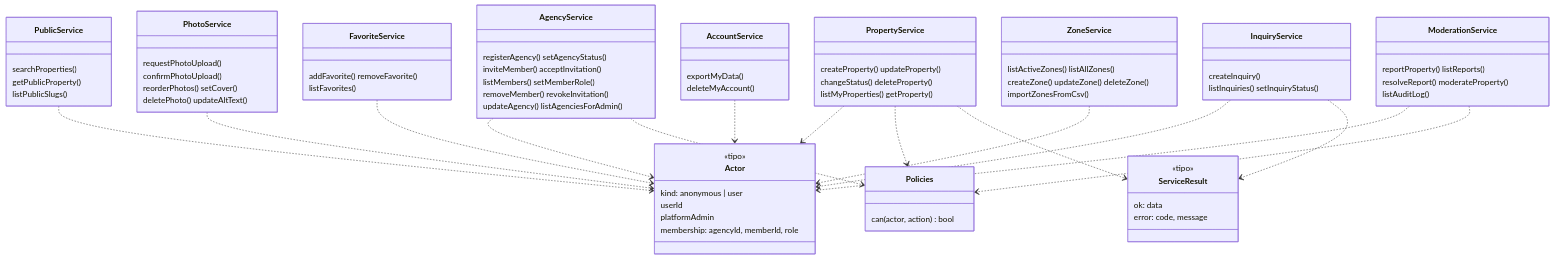
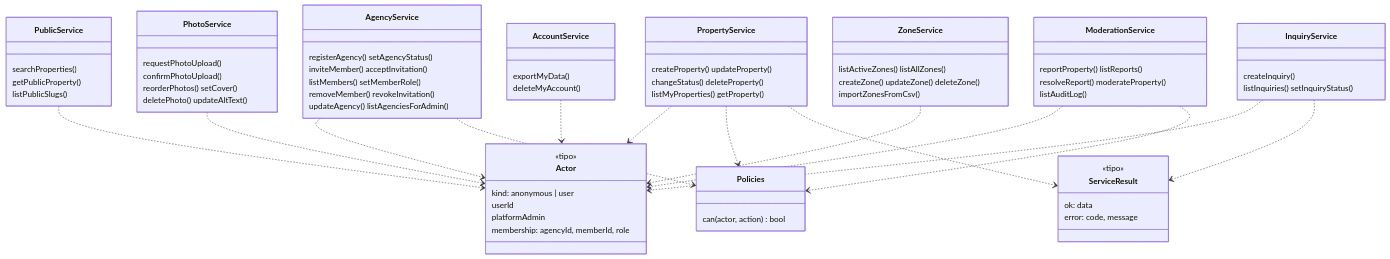
Before and after one commit to valeriadelrio/portal-inmobiliario: diagram 14 of 15 in docs/diagramas.md, drawn with Mermaid. The commit also changed other lines of this file and 36 other files, not shown here.

````diff
--- a/docs/diagramas.md
+++ b/docs/diagramas.md
@@ -363,77 +357,72 @@
 ```mermaid
 classDiagram
   class Actor {
     <<tipo>>
     kind: anonymous | user
     userId
     platformAdmin
     membership: agencyId, memberId, role
   }
   class ServiceResult {
     <<tipo>>
     ok: data
     error: code, message
   }
   class Policies {
     can(actor, action) bool
   }
   class PublicService {
     searchProperties()
     getPublicProperty()
     listPublicSlugs()
   }
   class PropertyService {
     createProperty() updateProperty()
     changeStatus() deleteProperty()
     listMyProperties() getProperty()
   }
   class PhotoService {
     requestPhotoUpload()
     confirmPhotoUpload()
     reorderPhotos() setCover()
     deletePhoto() updateAltText()
   }
   class AgencyService {
     registerAgency() setAgencyStatus()
     inviteMember() acceptInvitation()
     listMembers() setMemberRole()
     removeMember() revokeInvitation()
     updateAgency() listAgenciesForAdmin()
   }
   class InquiryService {
     createInquiry()
     listInquiries() setInquiryStatus()
   }
-  class FavoriteService {
-    addFavorite() removeFavorite()
-    listFavorites()
-  }
   class ModerationService {
     reportProperty() listReports()
     resolveReport() moderateProperty()
     listAuditLog()
   }
   class AccountService {
     exportMyData()
     deleteMyAccount()
   }
   class ZoneService {
     listActiveZones() listAllZones()
     createZone() updateZone() deleteZone()
     importZonesFromCsv()
   }
   PublicService ..> Actor
   PropertyService ..> Actor
   PhotoService ..> Actor
   AgencyService ..> Actor
   InquiryService ..> Actor
-  FavoriteService ..> Actor
   ModerationService ..> Actor
   AccountService ..> Actor
   ZoneService ..> Actor
   PropertyService ..> Policies
   AgencyService ..> Policies
   ModerationService ..> Policies
   PropertyService ..> ServiceResult
   InquiryService ..> ServiceResult
 ```
````
